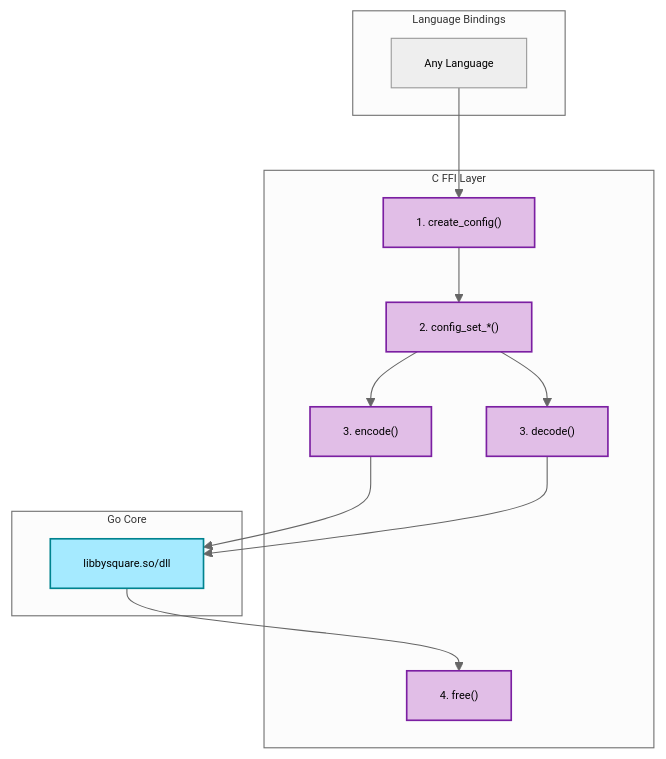
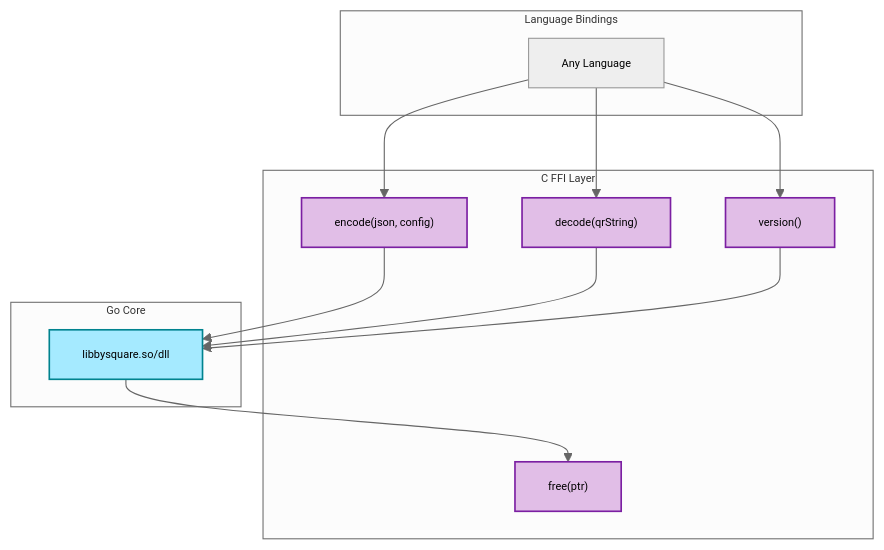
The diagram in examples/ffi/README.md (xseman/bysquare), drawn with Mermaid before and after one commit. The commit also changed other lines of this file and 9 other files, not shown here.

````diff
--- a/examples/ffi/README.md
+++ b/examples/ffi/README.md
@@ -23,39 +23,35 @@
 ```mermaid
 ---
 config:
   theme: neutral
   themeVariables:
     fontFamily: monospace
     fontSize: "10px"
 ---
 
 flowchart TB
     subgraph Bindings["Language Bindings"]
         ANY["Any Language"]
     end
 
     subgraph FFI["C FFI Layer"]
-        CFG["1. create_config()"]
-        SET["2. config_set_*()"]
-        ENC["3. encode()"]
-        DEC["3. decode()"]
-        FREE["4. free()"]
+        ENC["encode(json, config)"]
+        DEC["decode(qrString)"]
+        FREE["free(ptr)"]
+        VER["version()"]
     end
 
     subgraph Core["Go Core"]
         LIB["libbysquare.so/dll"]
     end
 
-    ANY --> CFG
-    CFG --> SET
-    SET --> ENC & DEC
-    ENC & DEC --> LIB
+    ANY --> ENC & DEC & VER
+    ENC & DEC & VER --> LIB
     LIB --> FREE
 
-    style CFG fill:#E1BEE7,stroke:#7B1FA2,stroke-width:1.5px
-    style SET fill:#E1BEE7,stroke:#7B1FA2,stroke-width:1.5px
     style ENC fill:#E1BEE7,stroke:#7B1FA2,stroke-width:1.5px
     style DEC fill:#E1BEE7,stroke:#7B1FA2,stroke-width:1.5px
     style FREE fill:#E1BEE7,stroke:#7B1FA2,stroke-width:1.5px
+    style VER fill:#E1BEE7,stroke:#7B1FA2,stroke-width:1.5px
     style LIB fill:#A5EAFF,stroke:#00838F,stroke-width:1.5px
 ```
````
